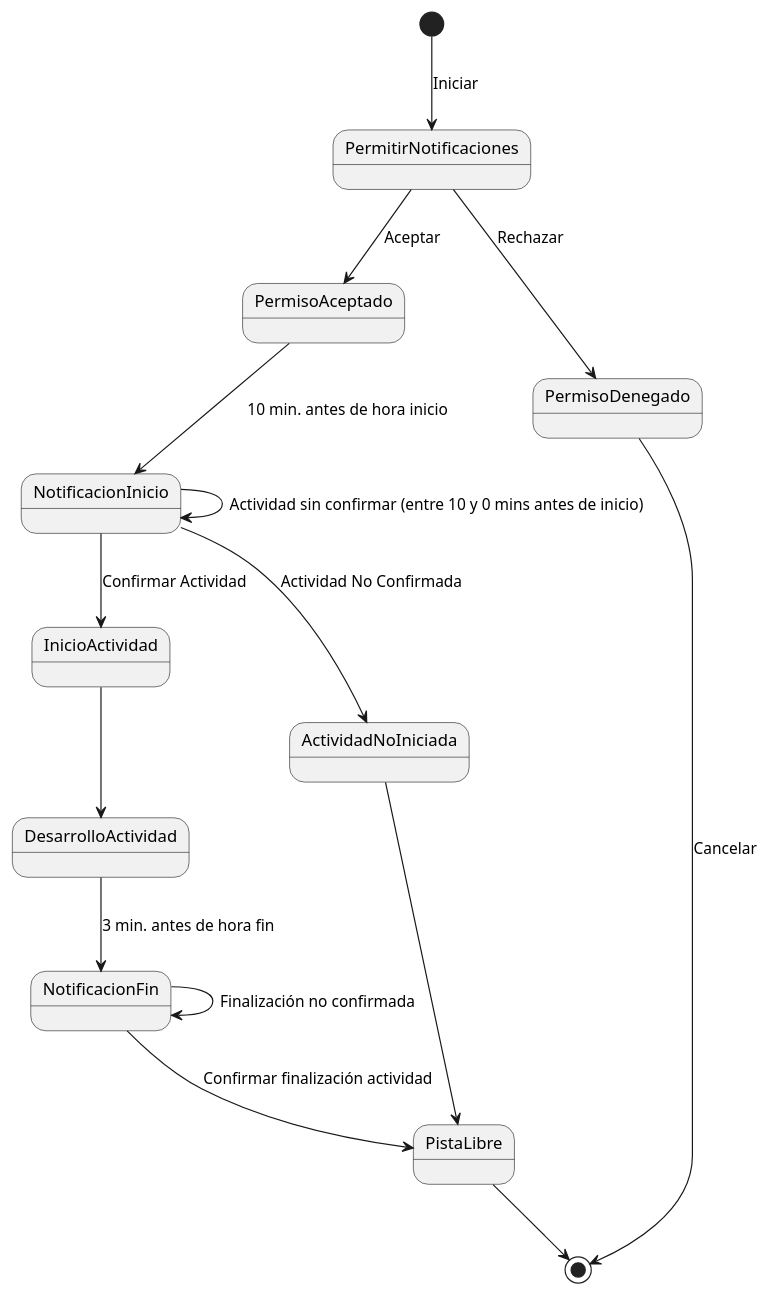
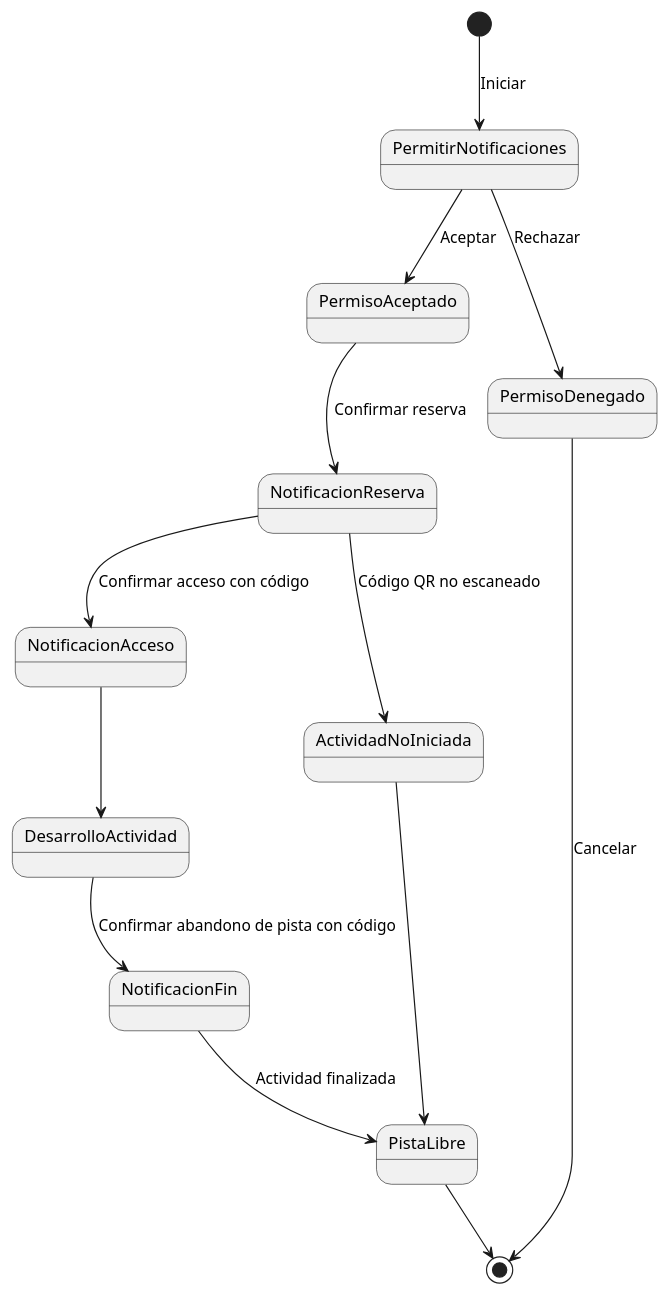
One commit to pablarce/23-24-IdSw1-SDR changed the diagram in CasosDeUso/Procesos/CduNotificar/diagramaDeEstados.puml. Above: the diagram before and after it, drawn with PlantUML. The commit also changed 1 other file, not shown here.

Commit message:
Modificación CduNotificar: Diagrama de estados

```diff
--- a/CasosDeUso/Procesos/CduNotificar/diagramaDeEstados.puml
+++ b/CasosDeUso/Procesos/CduNotificar/diagramaDeEstados.puml
@@ -1,16 +1,14 @@
 @startuml Notificar
 [*] --> PermitirNotificaciones : Iniciar
 PermitirNotificaciones --> PermisoAceptado : Aceptar
 PermitirNotificaciones --> PermisoDenegado : Rechazar
-PermisoAceptado --> NotificacionInicio : 10 min. antes de hora inicio
-NotificacionInicio --> InicioActividad : Confirmar Actividad
-NotificacionInicio --> NotificacionInicio : Actividad sin confirmar (entre 10 y 0 mins antes de inicio)
-InicioActividad --> DesarrolloActividad
-DesarrolloActividad --> NotificacionFin : 3 min. antes de hora fin
-NotificacionFin --> NotificacionFin : Finalización no confirmada 
-NotificacionFin --> PistaLibre : Confirmar finalización actividad 
-NotificacionInicio --> ActividadNoIniciada : Actividad No Confirmada
+PermisoAceptado --> NotificacionReserva : Confirmar reserva
+NotificacionReserva --> NotificacionAcceso : Confirmar acceso con código
+NotificacionReserva --> ActividadNoIniciada : Código QR no escaneado
+NotificacionAcceso --> DesarrolloActividad
+DesarrolloActividad --> NotificacionFin : Confirmar abandono de pista con código
+NotificacionFin --> PistaLibre : Actividad finalizada
 ActividadNoIniciada --> PistaLibre
 PistaLibre --> [*]
 PermisoDenegado --> [*] : Cancelar
 @enduml
```
